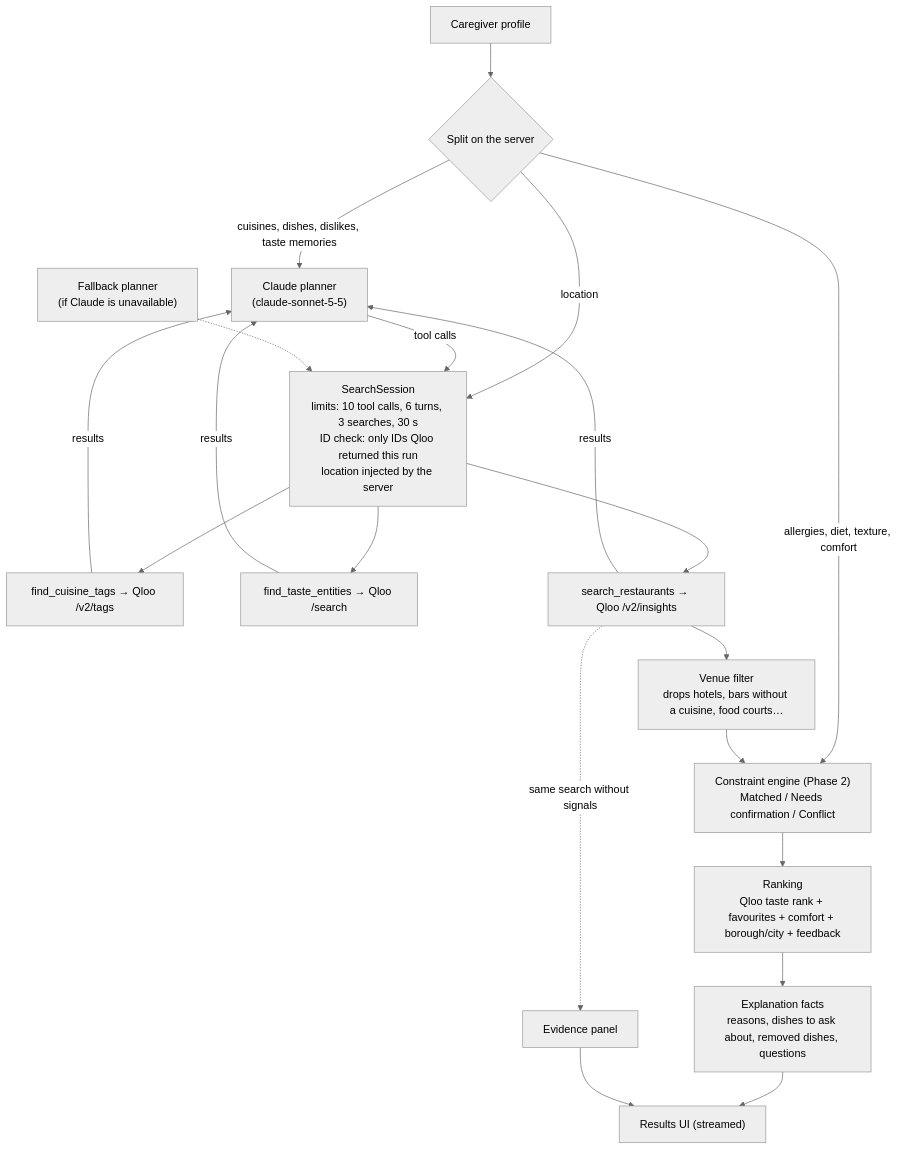
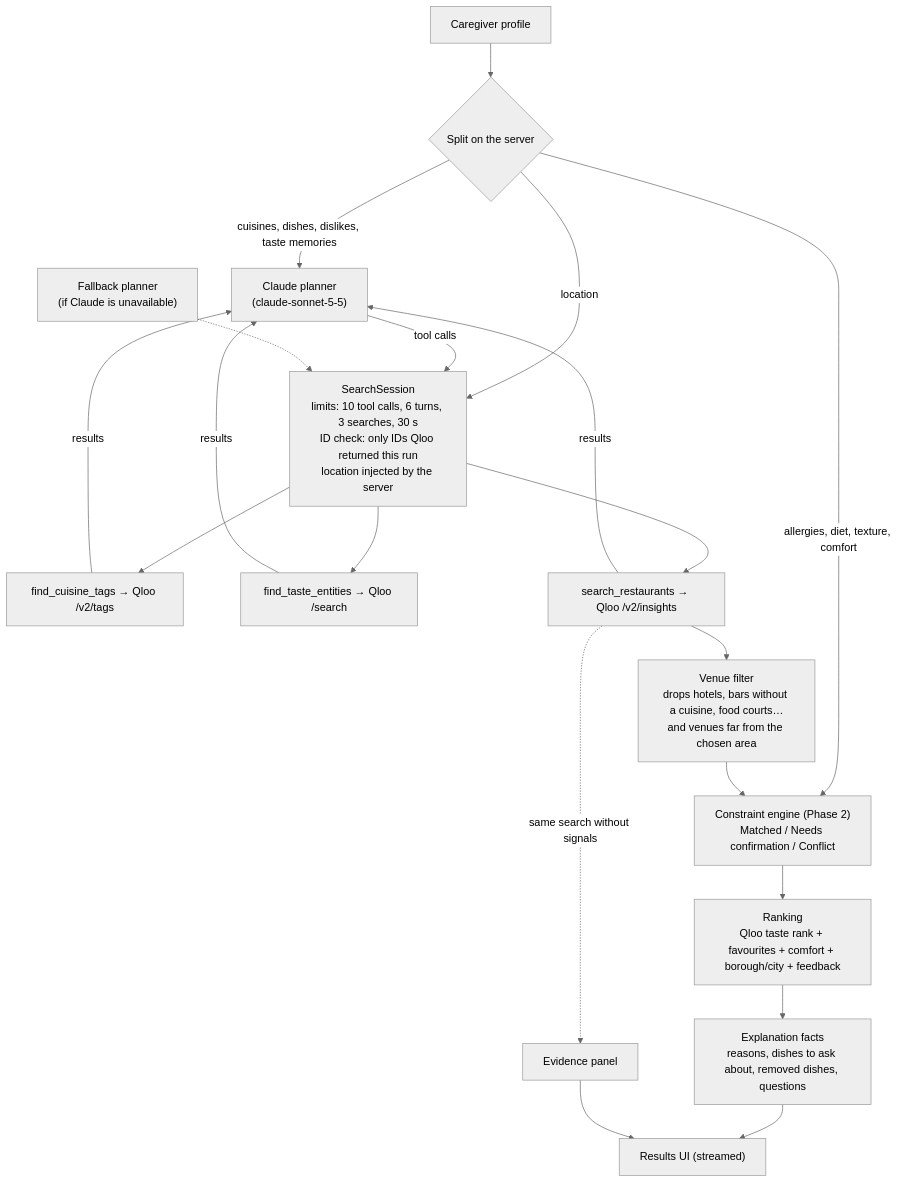
The diagram in README.md (kirahszn/tastora), drawn with Mermaid (neutral theme) before and after one commit. The commit also changed other lines of this file and 27 other files, not shown here.

````diff
--- a/README.md
+++ b/README.md
@@ -169,20 +186,20 @@
 ```mermaid
 flowchart TD
     P["Caregiver profile"] --> S{"Split on the server"}
     S -- "cuisines, dishes, dislikes, taste memories" --> C["Claude planner<br/>(claude-sonnet-5-5)"]
     S -- "allergies, diet, texture, comfort" --> E
     S -- "location" --> T
     C -- "tool calls" --> T["SearchSession<br/>limits: 10 tool calls, 6 turns, 3 searches, 30 s<br/>ID check: only IDs Qloo returned this run<br/>location injected by the server"]
     T --> F1["find_cuisine_tags → Qloo /v2/tags"]
     T --> F2["find_taste_entities → Qloo /search"]
     T --> F3["search_restaurants → Qloo /v2/insights"]
     F1 & F2 & F3 -- "results" --> C
-    F3 --> V["Venue filter<br/>drops hotels, bars without a cuisine, food courts…"]
+    F3 --> V["Venue filter<br/>drops hotels, bars without a cuisine, food courts…<br/>and venues far from the chosen area"]
     V --> E["Constraint engine (Phase 2)<br/>Matched / Needs confirmation / Conflict"]
     E --> R["Ranking<br/>Qloo taste rank + favourites + comfort + borough/city + feedback"]
     R --> X["Explanation facts<br/>reasons, dishes to ask about, removed dishes, questions"]
     F3 -. "same search without signals" .-> B["Evidence panel"]
     X --> U["Results UI (streamed)"]
     B --> U
     K["Fallback planner<br/>(if Claude is unavailable)"] -.-> T
 ```
````
